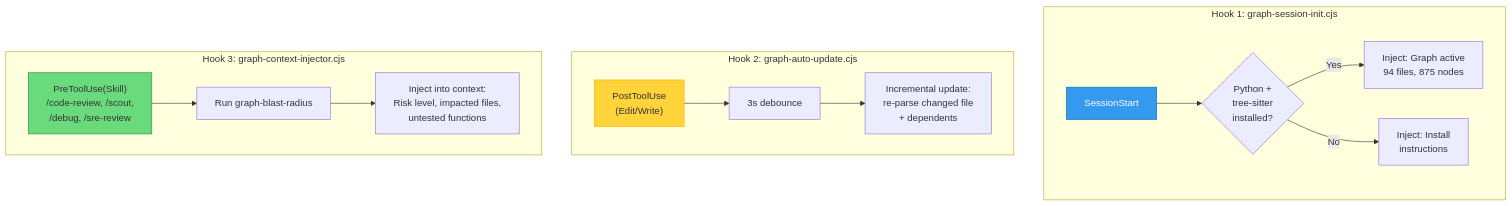
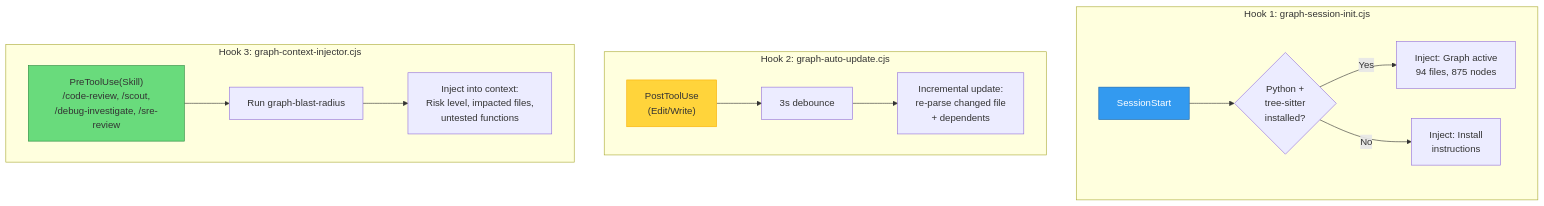
One commit to duc01226/easy-claude changed diagram 17 of 20 in .claude/docs/claude-ai-agent-framework-guide.md. Above: the diagram before and after it, drawn with Mermaid. The commit also changed other lines of this file and 394 other files, not shown here.

````diff
--- a/.claude/docs/claude-ai-agent-framework-guide.md
+++ b/.claude/docs/claude-ai-agent-framework-guide.md
@@ -2954,22 +2989,22 @@
 ```mermaid
 graph TB
     subgraph "Hook 1: graph-session-init.cjs"
         SE["SessionStart"] --> CHK{"Python +<br/>tree-sitter<br/>installed?"}
         CHK -->|Yes| STAT["Inject: Graph active<br/>94 files, 875 nodes"]
         CHK -->|No| GUIDE["Inject: Install<br/>instructions"]
     end
 
     subgraph "Hook 2: graph-auto-update.cjs"
         EDIT["PostToolUse<br/>(Edit/Write)"] --> DEB["3s debounce"]
         DEB --> INC["Incremental update:<br/>re-parse changed file<br/>+ dependents"]
     end
 
     subgraph "Hook 3: graph-context-injector.cjs"
-        SKILL["PreToolUse(Skill)<br/>/code-review, /scout,<br/>/debug, /sre-review"] --> BR["Run graph-blast-radius"]
+        SKILL["PreToolUse(Skill)<br/>/code-review, /scout,<br/>/debug-investigate, /sre-review"] --> BR["Run graph-blast-radius"]
         BR --> INJ["Inject into context:<br/>Risk level, impacted files,<br/>untested functions"]
     end
 
     style SE fill:#339af0,stroke:#1864ab,color:#fff
     style EDIT fill:#ffd43b,stroke:#fab005
     style SKILL fill:#69db7c,stroke:#2b8a3e
 ```
````
